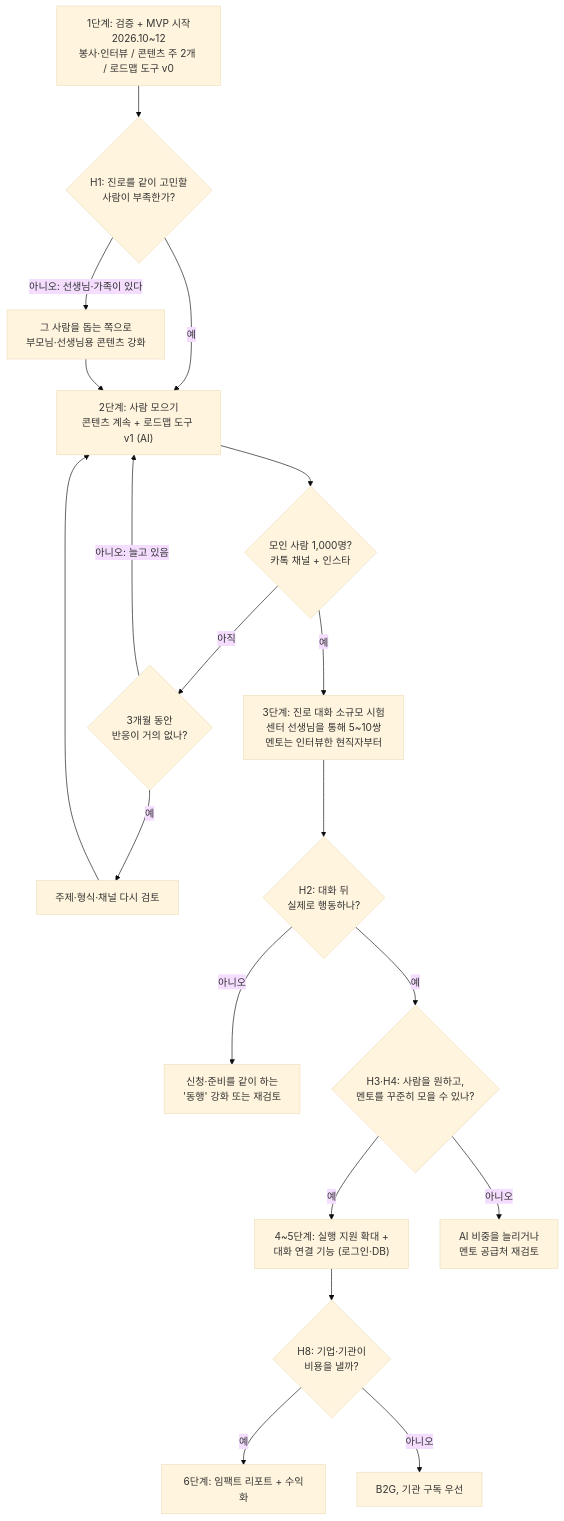
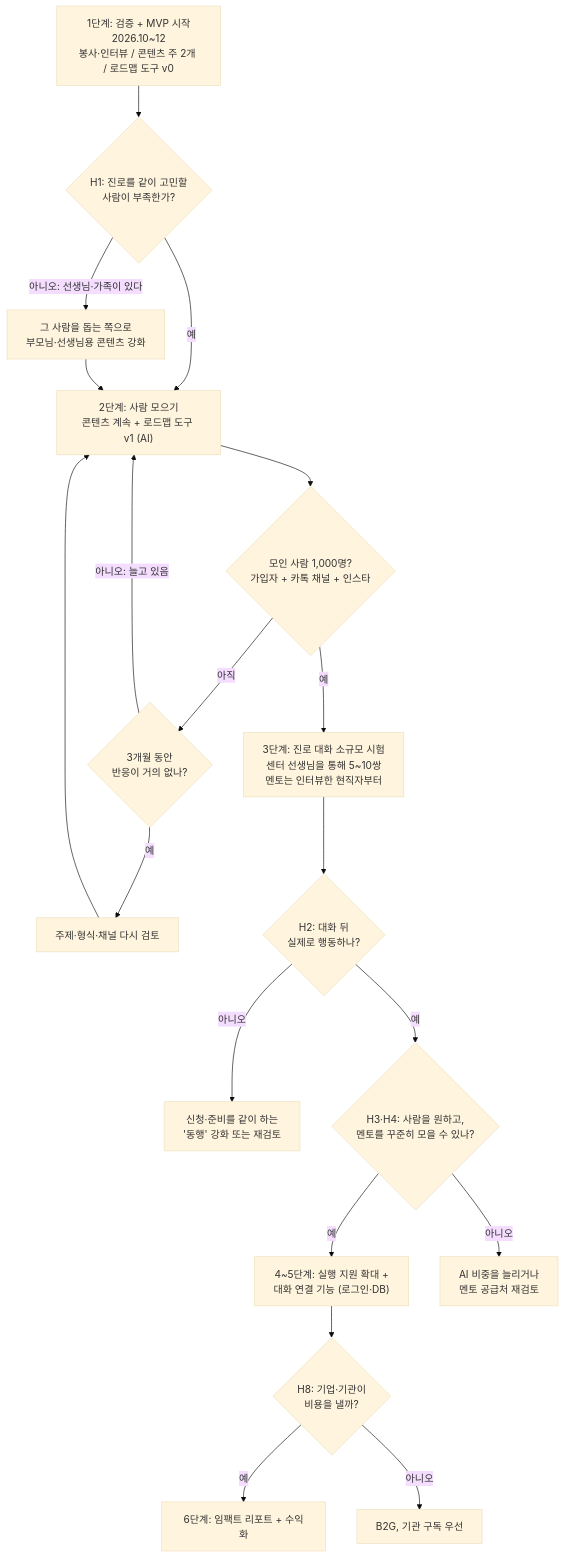
One commit to Sweet-Butters/youth-benefit-finder changed the first of 3 diagrams in docs/roadmap.md. Above: the diagram before and after it, drawn with Mermaid (base theme). The commit also changed other lines of this file and 5 other files, not shown here.

````diff
--- a/docs/roadmap.md
+++ b/docs/roadmap.md
@@ -10,26 +10,26 @@
 ```mermaid
 flowchart TD
     A["1단계: 검증 + MVP 시작<br/>2026.10~12<br/>봉사·인터뷰 / 콘텐츠 주 2개 / 로드맵 도구 v0"] --> G1{"H1: 진로를 같이 고민할<br/>사람이 부족한가?"}
 
     G1 -- 예 --> B["2단계: 사람 모으기<br/>콘텐츠 계속 + 로드맵 도구 v1 (AI)"]
     G1 -- "아니오: 선생님·가족이 있다" --> B1["그 사람을 돕는 쪽으로<br/>부모님·선생님용 콘텐츠 강화"]
     B1 --> B
 
-    B --> G2{"모인 사람 1,000명?<br/>카톡 채널 + 인스타"}
+    B --> G2{"모인 사람 1,000명?<br/>가입자 + 카톡 채널 + 인스타"}
     G2 -- "아직" --> G2b{"3개월 동안<br/>반응이 거의 없나?"}
     G2b -- 예 --> R["주제·형식·채널 다시 검토"]
     G2b -- "아니오: 늘고 있음" --> B
     R --> B
 
     G2 -- 예 --> C["3단계: 진로 대화 소규모 시험<br/>센터 선생님을 통해 5~10쌍<br/>멘토는 인터뷰한 현직자부터"]
 
     C --> G3{"H2: 대화 뒤<br/>실제로 행동하나?"}
     G3 -- "아니오" --> X["신청·준비를 같이 하는<br/>'동행' 강화 또는 재검토"]
     G3 -- 예 --> G4{"H3·H4: 사람을 원하고,<br/>멘토를 꾸준히 모을 수 있나?"}
     G4 -- 예 --> D["4~5단계: 실행 지원 확대 +<br/>대화 연결 기능 (로그인·DB)"]
     G4 -- "아니오" --> Y["AI 비중을 늘리거나<br/>멘토 공급처 재검토"]
 
     D --> G5{"H8: 기업·기관이<br/>비용을 낼까?"}
     G5 -- 예 --> E["6단계: 임팩트 리포트 + 수익화"]
     G5 -- "아니오" --> F["B2G, 기관 구독 우선"]
 ```
````
